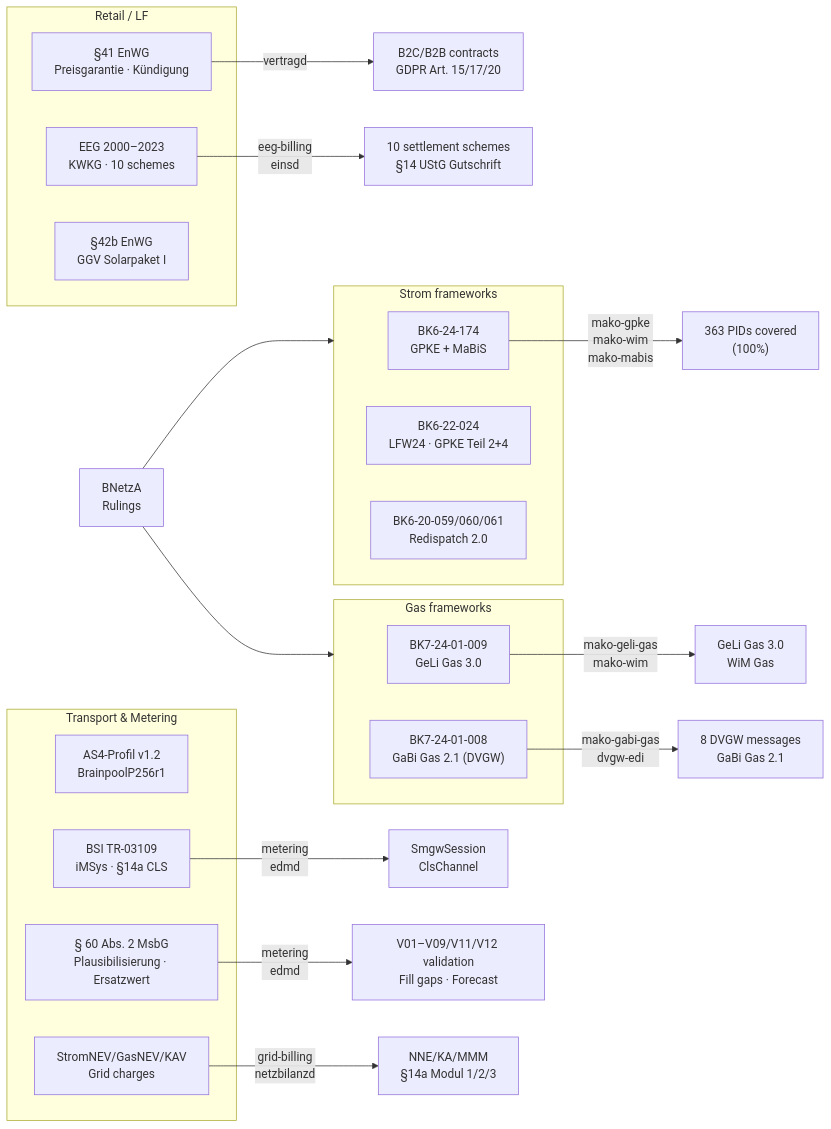
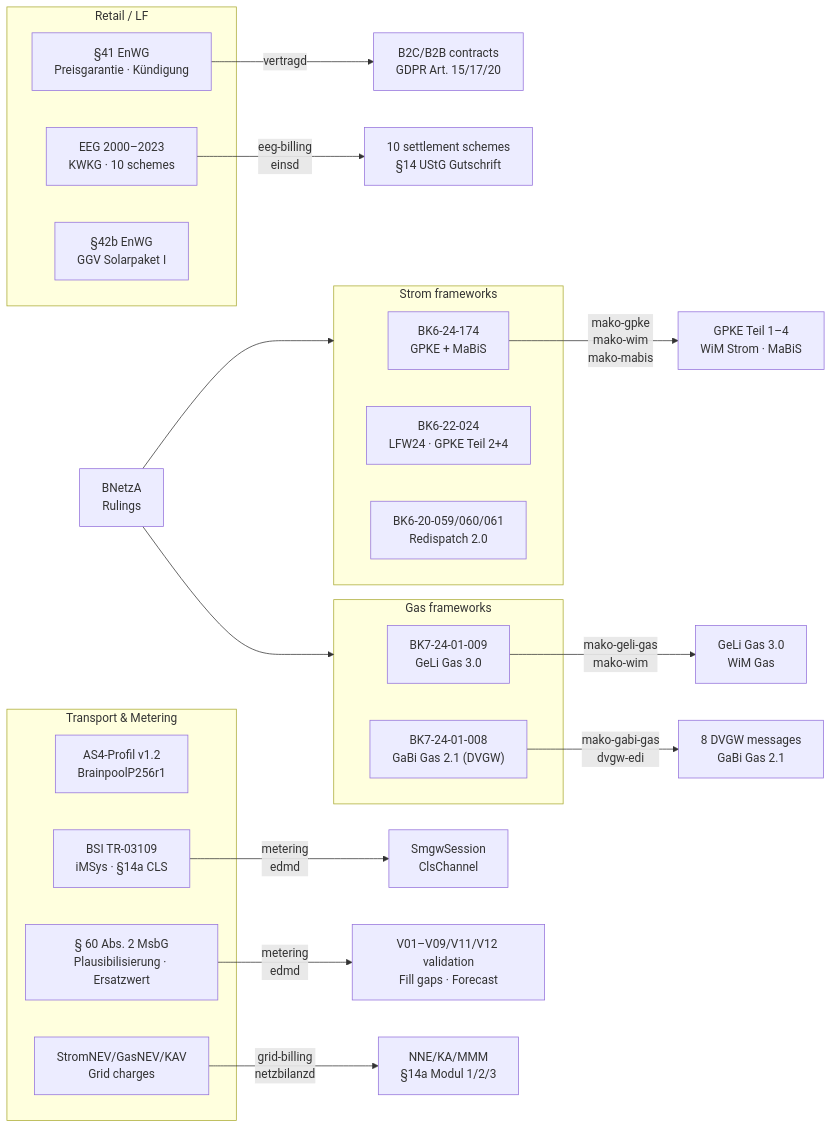
The diagram in site/content/docs/regulatory/_index.md (hupe1980/mako), drawn with Mermaid before and after one commit. The commit also changed other lines of this file and 137 other files, not shown here.

````diff
--- a/site/content/docs/regulatory/_index.md
+++ b/site/content/docs/regulatory/_index.md
@@ -28,40 +28,40 @@
 ```mermaid
 graph LR
     BNetzA["BNetzA<br/>Rulings"]
 
     subgraph strom ["Strom frameworks"]
         BK6_24["BK6-24-174<br/>GPKE + MaBiS"]
         BK6_22["BK6-22-024<br/>LFW24 · GPKE Teil 2+4"]
         BK6_20["BK6-20-059/060/061<br/>Redispatch 2.0"]
     end
 
     subgraph gas ["Gas frameworks"]
         BK7_24["BK7-24-01-009<br/>GeLi Gas 3.0"]
         BK7_14["BK7-24-01-008<br/>GaBi Gas 2.1 (DVGW)"]
     end
 
     subgraph retail ["Retail / LF"]
         ENW41["§41 EnWG<br/>Preisgarantie · Kündigung"]
         EEG["EEG 2000–2023<br/>KWKG · 10 schemes"]
         SOLA["§42b EnWG<br/>GGV Solarpaket I"]
     end
 
     subgraph transport ["Transport & Metering"]
         AS4["AS4-Profil v1.2<br/>BrainpoolP256r1"]
         BSI["BSI TR-03109<br/>iMSys · §14a CLS"]
         MsbG["§ 60 Abs. 2 MsbG<br/>Plausibilisierung · Ersatzwert"]
         NNNEV["StromNEV/GasNEV/KAV<br/>Grid charges"]
     end
 
     BNetzA --> strom
     BNetzA --> gas
 
-    BK6_24 -->|"mako-gpke<br/>mako-wim<br/>mako-mabis"| GPKE_impl["363 PIDs covered<br/>(100%)"]
+    BK6_24 -->|"mako-gpke<br/>mako-wim<br/>mako-mabis"| GPKE_impl["GPKE Teil 1–4<br/>WiM Strom · MaBiS"]
     BK7_24 -->|"mako-geli-gas<br/>mako-wim"| GAS_impl["GeLi Gas 3.0<br/>WiM Gas"]
     BK7_14 -->|"mako-gabi-gas<br/>dvgw-edi"| DVGW_impl["8 DVGW messages<br/>GaBi Gas 2.1"]
     ENW41 -->|"vertragd"| LF_impl["B2C/B2B contracts<br/>GDPR Art. 15/17/20"]
     EEG -->|"eeg-billing<br/>einsd"| EEG_impl["10 settlement schemes<br/>§14 UStG Gutschrift"]
     BSI -->|"metering<br/>edmd"| IOT_impl["SmgwSession<br/>ClsChannel"]
     MsbG -->|"metering<br/>edmd"| SUB_impl["V01–V09/V11/V12 validation<br/>Fill gaps · Forecast"]
     NNNEV -->|"grid-billing<br/>netzbilanzd"| NNE_impl["NNE/KA/MMM<br/>§14a Modul 1/2/3"]
 ```
````
